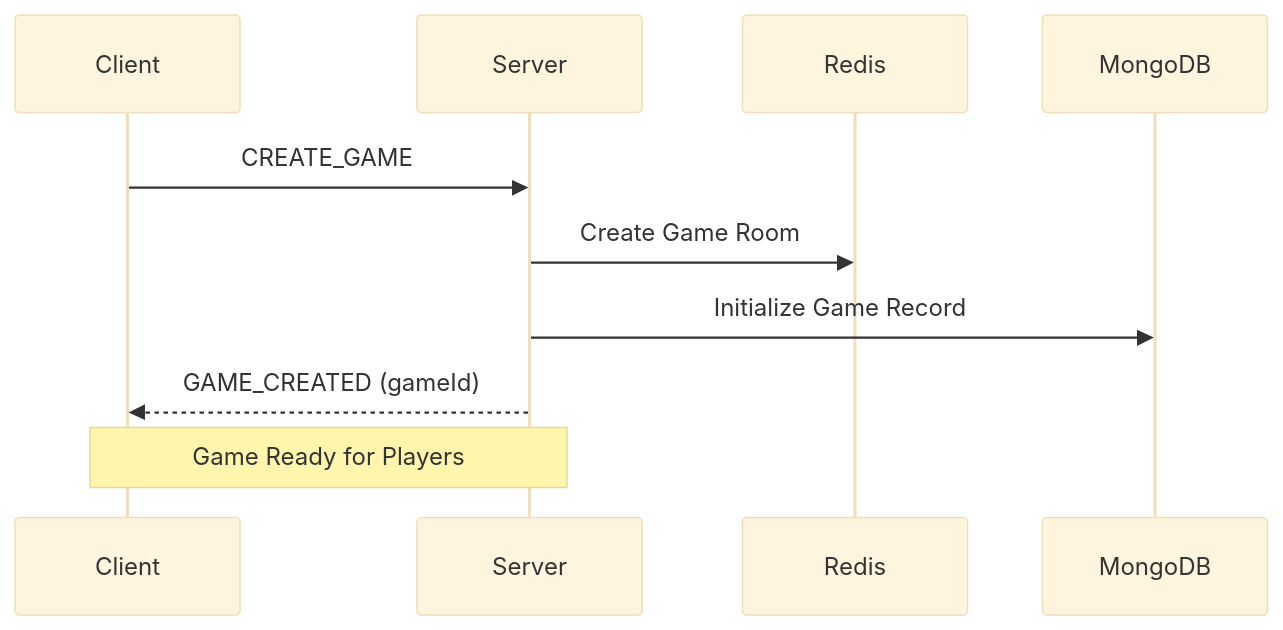
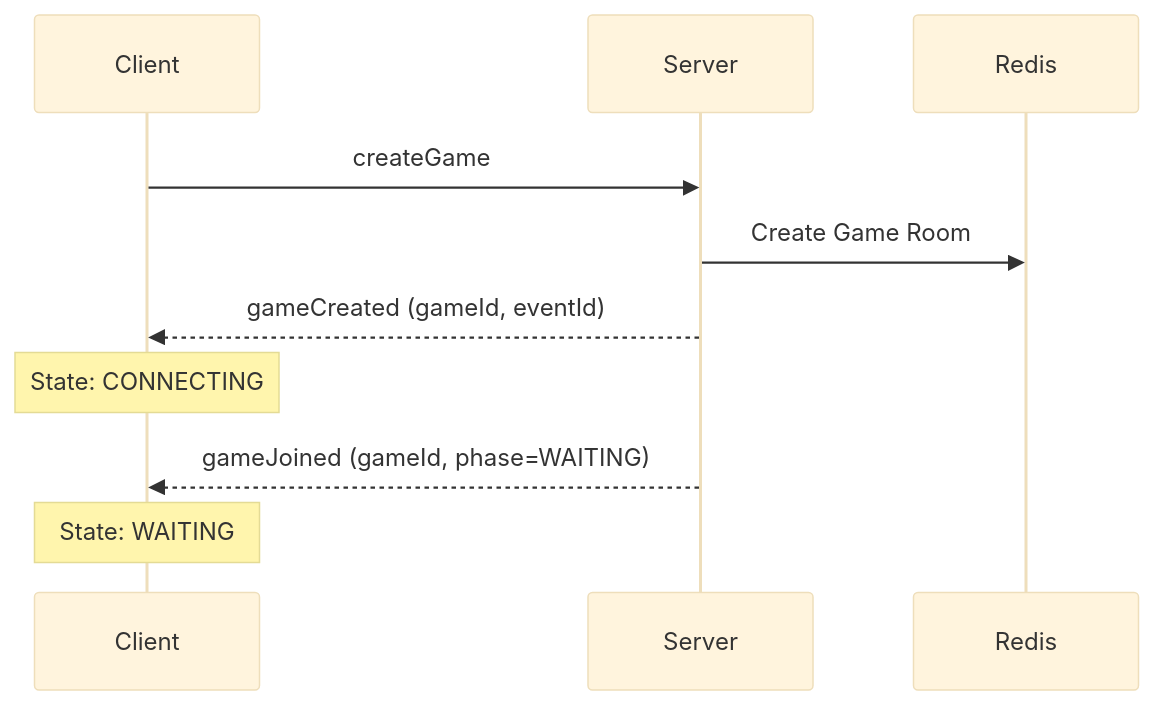
One commit to vcb88/ctorgame changed the second of 5 diagrams in docs/GAME_FLOW.md. Above: the diagram before and after it, drawn with Mermaid (base theme). The commit also changed other lines of this file, not shown here.

Commit message:
docs: update game flow documentation with new state machine and event protocol

````diff
--- a/docs/GAME_FLOW.md
+++ b/docs/GAME_FLOW.md
@@ -140,14 +106,13 @@
 ```mermaid
 sequenceDiagram
     participant Client
     participant Server
     participant Redis
-    participant MongoDB
     
-    Client->>Server: CREATE_GAME
+    Client->>Server: createGame
     Server->>Redis: Create Game Room
-    Server->>MongoDB: Initialize Game Record
-    Server-->>Client: GAME_CREATED (gameId)
-    
-    Note over Client,Server: Game Ready for Players
+    Server-->>Client: gameCreated (gameId, eventId)
+    Note over Client: State: CONNECTING
+    Server-->>Client: gameJoined (gameId, phase=WAITING)
+    Note over Client: State: WAITING
 ```
````
